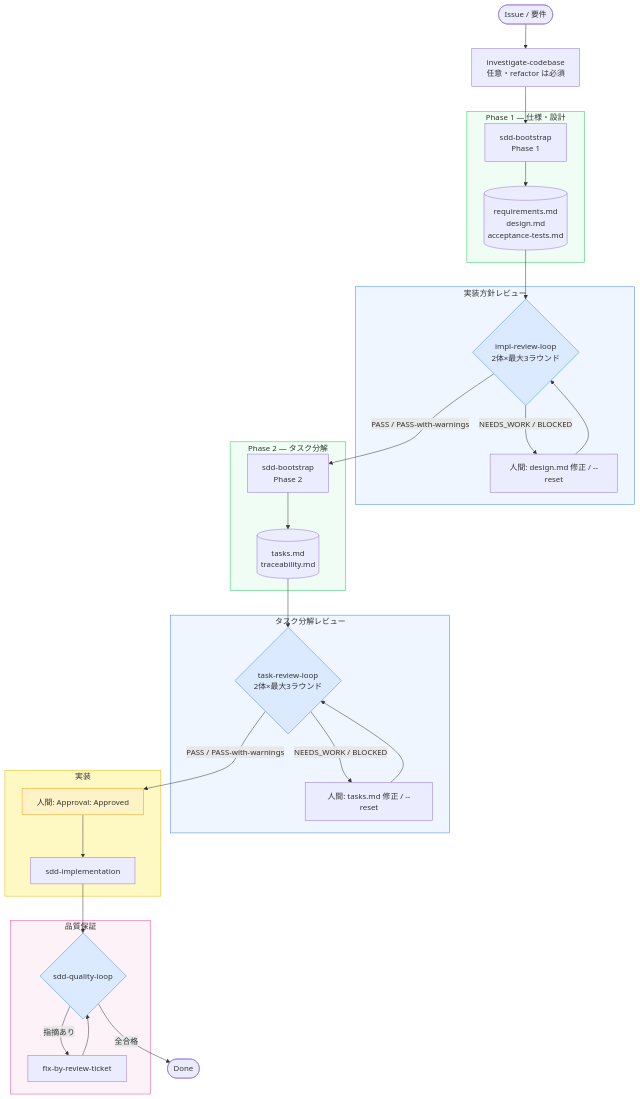
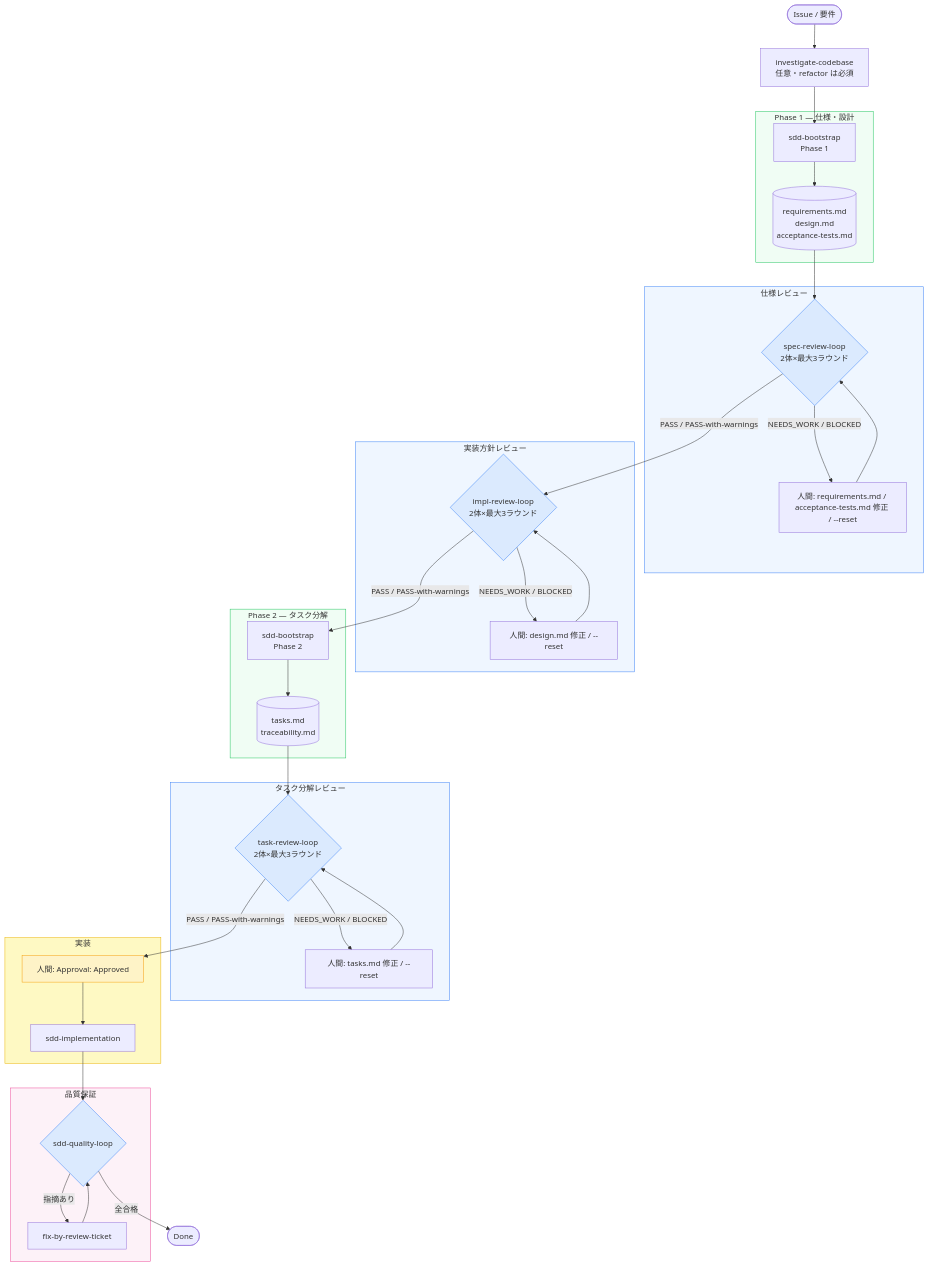
Before and after one commit to aharada54914/sdd-forge: the first of 2 diagrams in README.md, drawn with Mermaid. The commit also changed other lines of this file and 134 other files, not shown here.

````diff
--- a/README.md
+++ b/README.md
@@ -18,54 +18,63 @@
 ```mermaid
 flowchart TD
     A([Issue / 要件]) --> B[investigate-codebase\n任意・refactor は必須]
 
     subgraph ph1["Phase 1 — 仕様・設計"]
         C[sdd-bootstrap\nPhase 1] --> D1[(requirements.md\ndesign.md\nacceptance-tests.md)]
+    end
+
+    subgraph sr["仕様レビュー"]
+        S{spec-review-loop\n2体×最大3ラウンド}
+        SR[人間: requirements.md / acceptance-tests.md 修正 / --reset]
+        S -- NEEDS_WORK / BLOCKED --> SR --> S
     end
 
     subgraph ir["実装方針レビュー"]
         E{impl-review-loop\n2体×最大3ラウンド}
         F[人間: design.md 修正 / --reset]
         E -- NEEDS_WORK / BLOCKED --> F --> E
     end
 
     subgraph ph2["Phase 2 — タスク分解"]
         G[sdd-bootstrap\nPhase 2] --> H[(tasks.md\ntraceability.md)]
     end
 
     subgraph tr["タスク分解レビュー"]
         I{task-review-loop\n2体×最大3ラウンド}
         J[人間: tasks.md 修正 / --reset]
         I -- NEEDS_WORK / BLOCKED --> J --> I
     end
 
     subgraph impl["実装"]
         K[人間: Approval: Approved]
         L[sdd-implementation]
     end
 
     subgraph qg["品質保証"]
         M{sdd-quality-loop}
         N[fix-by-review-ticket]
         M -- 指摘あり --> N --> M
     end
 
     B --> C
-    D1 --> E
+    D1 --> S
+    S -- PASS / PASS-with-warnings --> E
     E -- PASS / PASS-with-warnings --> G
     H --> I
     I -- PASS / PASS-with-warnings --> K
     K --> L --> M
     M -- 全合格 --> O([Done])
 
+    style S fill:#dbeafe,stroke:#3b82f6
     style E fill:#dbeafe,stroke:#3b82f6
     style I fill:#dbeafe,stroke:#3b82f6
     style M fill:#dbeafe,stroke:#3b82f6
     style K fill:#fef3c7,stroke:#f59e0b
     style ph1 fill:#f0fdf4,stroke:#22c55e
     style ph2 fill:#f0fdf4,stroke:#22c55e
+    style sr fill:#eff6ff,stroke:#3b82f6
     style ir fill:#eff6ff,stroke:#3b82f6
     style tr fill:#eff6ff,stroke:#3b82f6
     style impl fill:#fef9c3,stroke:#eab308
     style qg fill:#fdf2f8,stroke:#ec4899
 ```
````
